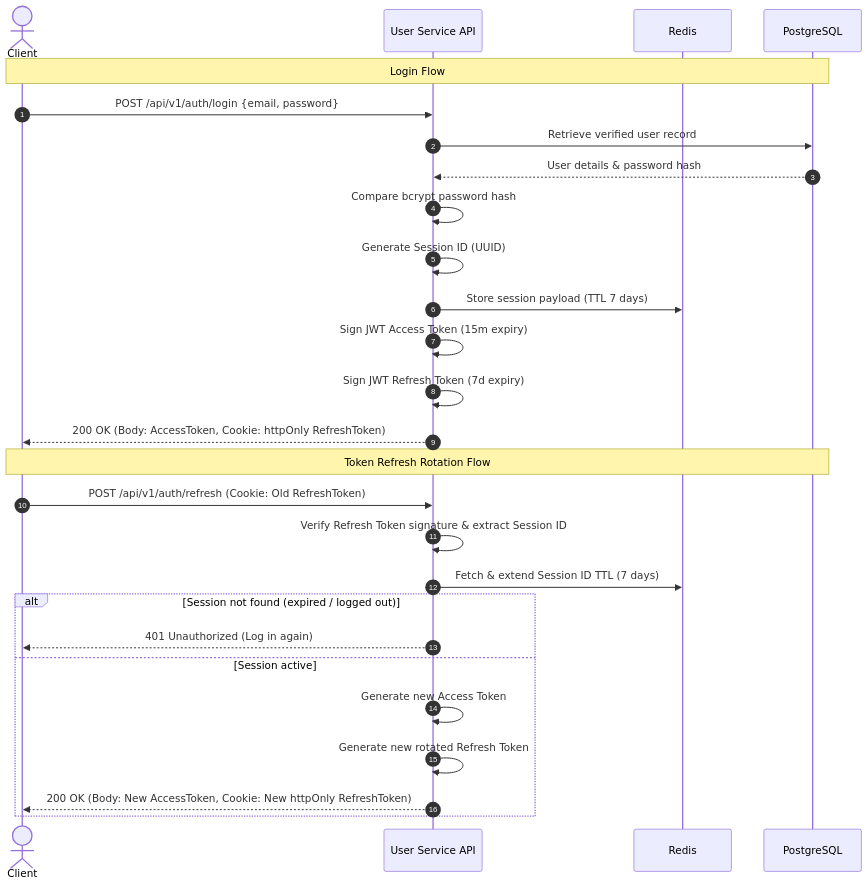
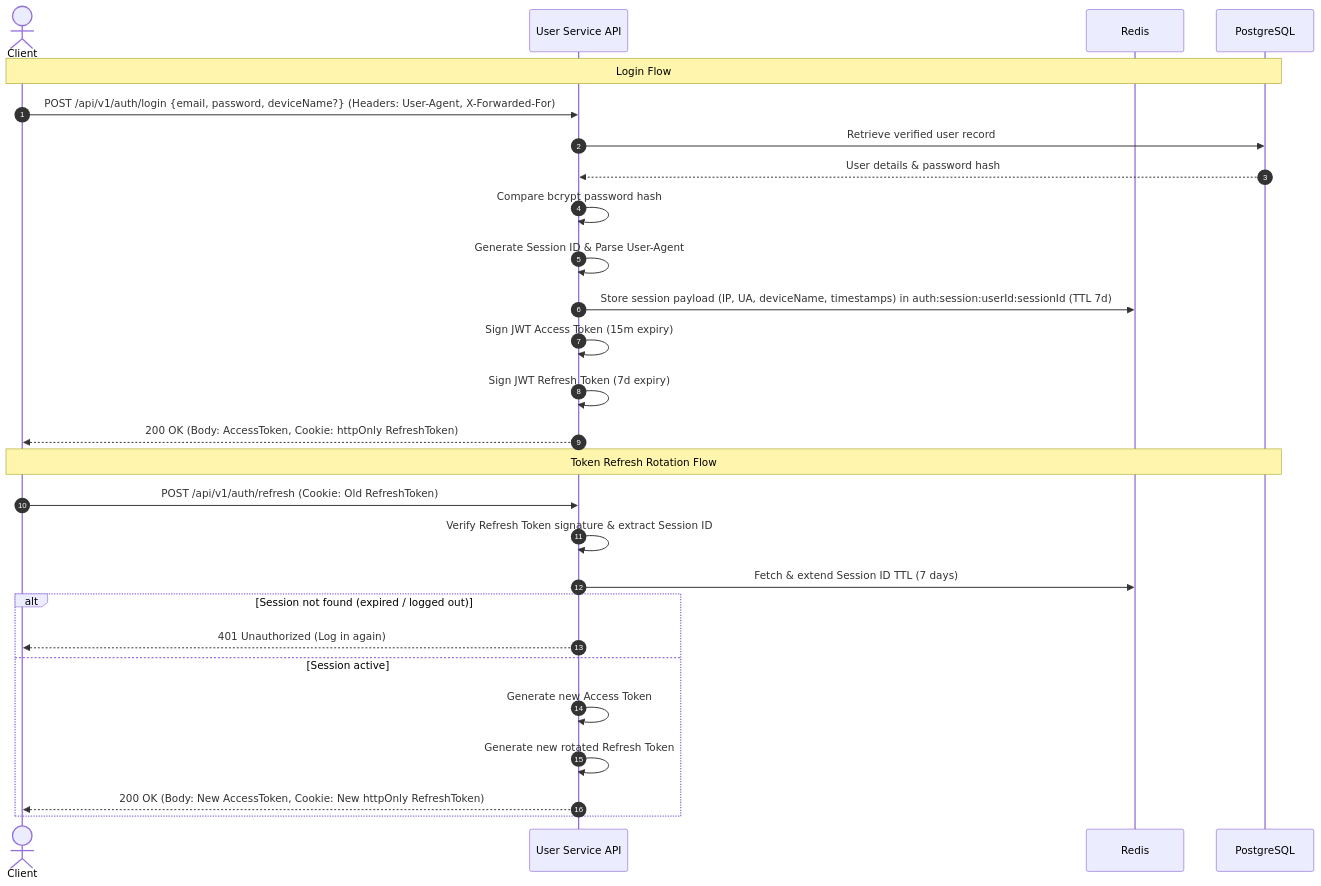
Before and after one commit to anwarbuilds1/irctc-microservices: the third of 3 diagrams in services/user-service/README.md, drawn with Mermaid. The commit also changed other lines of this file and 8 other files, not shown here.

Commit message:
feat: implement user-prefixed session management with device identification and remote revocation capabilities

````diff
--- a/services/user-service/README.md
+++ b/services/user-service/README.md
@@ -110,33 +110,33 @@
 ```mermaid
 sequenceDiagram
     autonumber
     actor Client
     participant API as User Service API
     participant Cache as Redis
     participant DB as PostgreSQL
 
     %% Login Flow
     Note over Client, DB: Login Flow
-    Client->>API: POST /api/v1/auth/login {email, password}
+    Client->>API: POST /api/v1/auth/login {email, password, deviceName?} (Headers: User-Agent, X-Forwarded-For)
     API->>DB: Retrieve verified user record
     DB-->>API: User details & password hash
     API->>API: Compare bcrypt password hash
-    API->>API: Generate Session ID (UUID)
-    API->>Cache: Store session payload (TTL 7 days)
+    API->>API: Generate Session ID & Parse User-Agent
+    API->>Cache: Store session payload (IP, UA, deviceName, timestamps) in auth:session:userId:sessionId (TTL 7d)
     API->>API: Sign JWT Access Token (15m expiry)
     API->>API: Sign JWT Refresh Token (7d expiry)
     API-->>Client: 200 OK (Body: AccessToken, Cookie: httpOnly RefreshToken)
 
     %% Token Refresh Rotation Flow
     Note over Client, DB: Token Refresh Rotation Flow
     Client->>API: POST /api/v1/auth/refresh (Cookie: Old RefreshToken)
     API->>API: Verify Refresh Token signature & extract Session ID
     API->>Cache: Fetch & extend Session ID TTL (7 days)
     alt Session not found (expired / logged out)
         API-->>Client: 401 Unauthorized (Log in again)
     else Session active
         API->>API: Generate new Access Token
         API->>API: Generate new rotated Refresh Token
         API-->>Client: 200 OK (Body: New AccessToken, Cookie: New httpOnly RefreshToken)
     end
 ```
````
